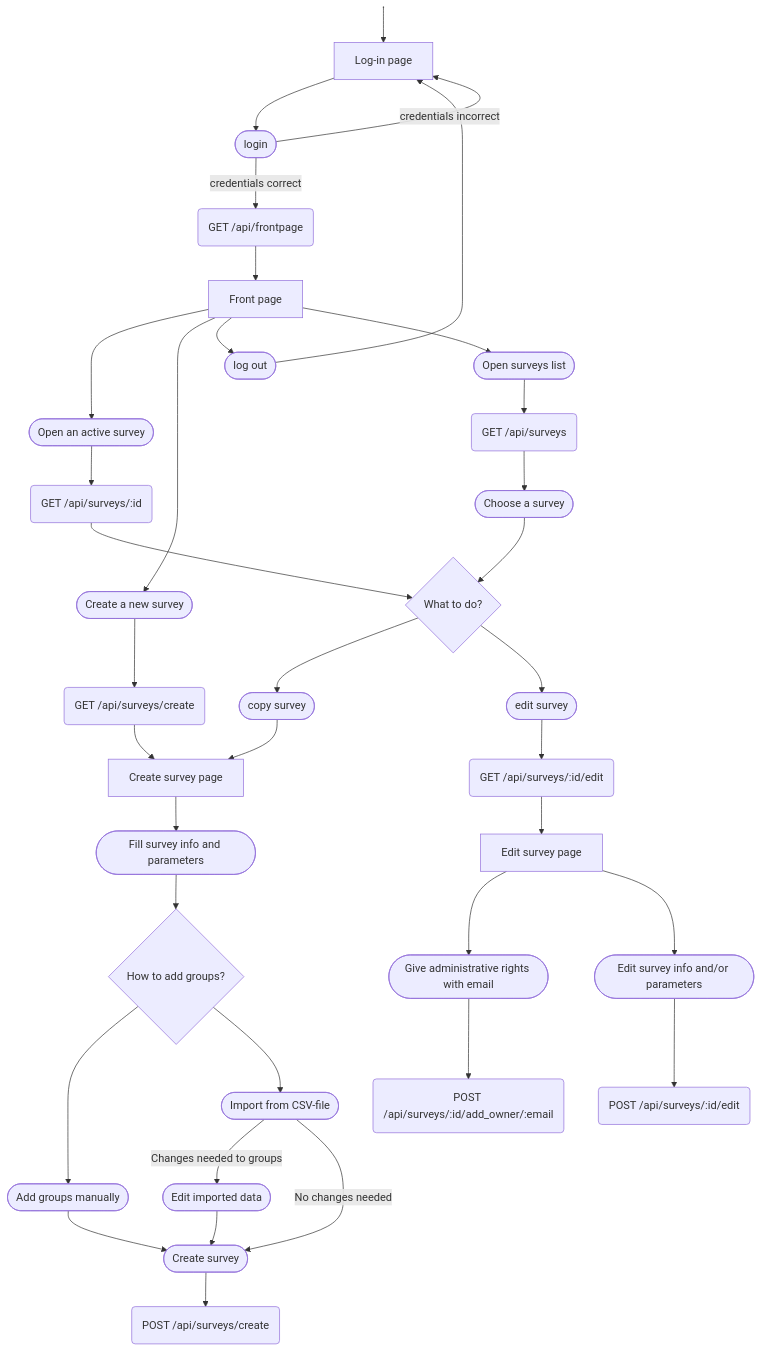
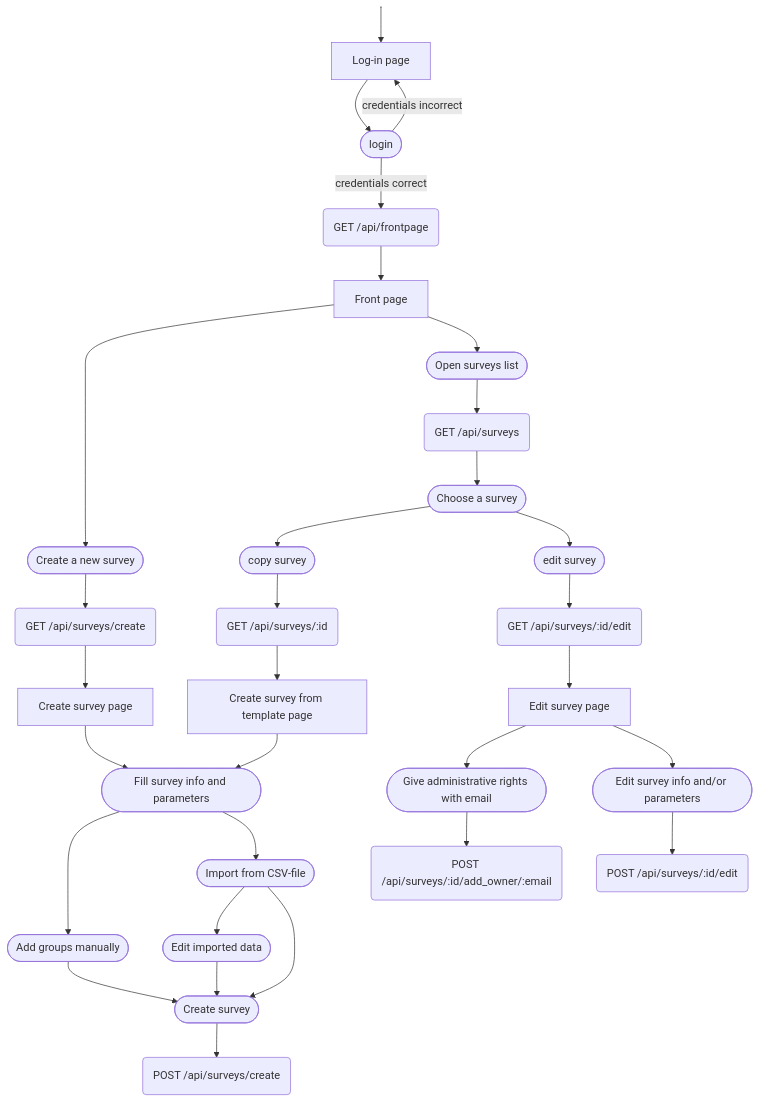
Before and after one commit to piryopt/pienryhmien-optimointi: the first of 3 diagrams in docs-2.0/process_flow_chart.md, drawn with Mermaid. The commit also changed other lines of this file, not shown here.

Commit message:
Update and simplify flowcharts

````diff
--- a/docs-2.0/process_flow_chart.md
+++ b/docs-2.0/process_flow_chart.md
@@ -7,42 +7,40 @@
 ```mermaid
 flowchart TB
     A["Log-in page"] --> n1(["login"])
     B("GET /api/frontpage") --> C["Front page"]
-    C --> H(["Open an active survey"]) & S(["Create a new survey"]) & BC(["log out"]) & n2(["Open surveys list"])
+    C --> S(["Create a new survey"]) & n2(["Open surveys list"])
     S --> T["GET /api/surveys/create"]
     T --> n11["Create survey page"]
-    H --> E("GET /api/surveys/:id")
-    X{"How to add groups?"} --> Y(["Add groups manually"]) & AA(["Import from CSV-file"])
-    AA -- Changes needed to groups --> BB(["Edit imported data"])
-    AA -- No changes needed --> EE(["Create survey"])
+    AA(["Import from CSV-file"]) -- <br> --> BB(["Edit imported data"])
+    AA -- </br> --> EE(["Create survey"])
     EE --> FF["POST /api/surveys/create"]
-    D{"What to do?"} --> KL(["copy survey"]) & MN(["edit survey"])
-    MN --> IJ["GET /api/surveys/:id/edit"]
+    MN(["edit survey"]) --> IJ["GET /api/surveys/:id/edit"]
     IJ --> n7["Edit survey page"]
-    KL --> n11
-    E --> D
-    BC --> A
     n1 -- credentials correct --> B
     n1 -- credentials incorrect --> A
-    U(["Fill survey info and parameters"]) --> X
+    U(["Fill survey info and parameters"]) --> Y(["Add groups manually"]) & AA
     Y --> EE
     n2 --> n3["GET /api/surveys"]
     n3 --> n4(["Choose a survey"])
-    n4 --> D
+    n4 --> KL(["copy survey"]) & MN
     YZ(["Give administrative rights with email"]) --> HI["POST /api/surveys/:id/add_owner/:email"]
     n8["Untitled Node"] --> A
     BB --> EE
     n7 --> YZ & n9(["Edit survey info and/or parameters"])
     n9 --> n10@{ label: "<span style=\"padding-left:\">POST /api/surveys/:id/edit</span>" }
     n11 --> U
+    KL --> n12@{ label: "<span style=\"padding-left:\">GET /api/surveys/:id</span>" }
+    n12 --> n13["Create survey from template page"]
+    n13 --> U
 
     A@{ shape: rect}
     C@{ shape: rect}
     T@{ shape: rounded}
     FF@{ shape: rounded}
     IJ@{ shape: rounded}
     n3@{ shape: rounded}
     HI@{ shape: rounded}
     n8@{ shape: anchor}
     n10@{ shape: rounded}
+    n12@{ shape: rounded}
 ```
````
